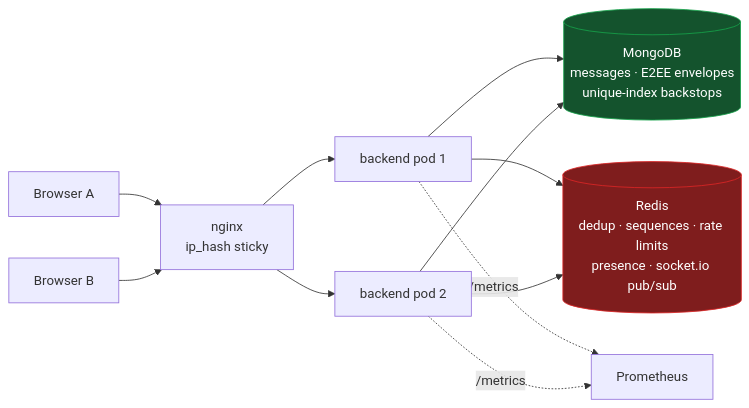
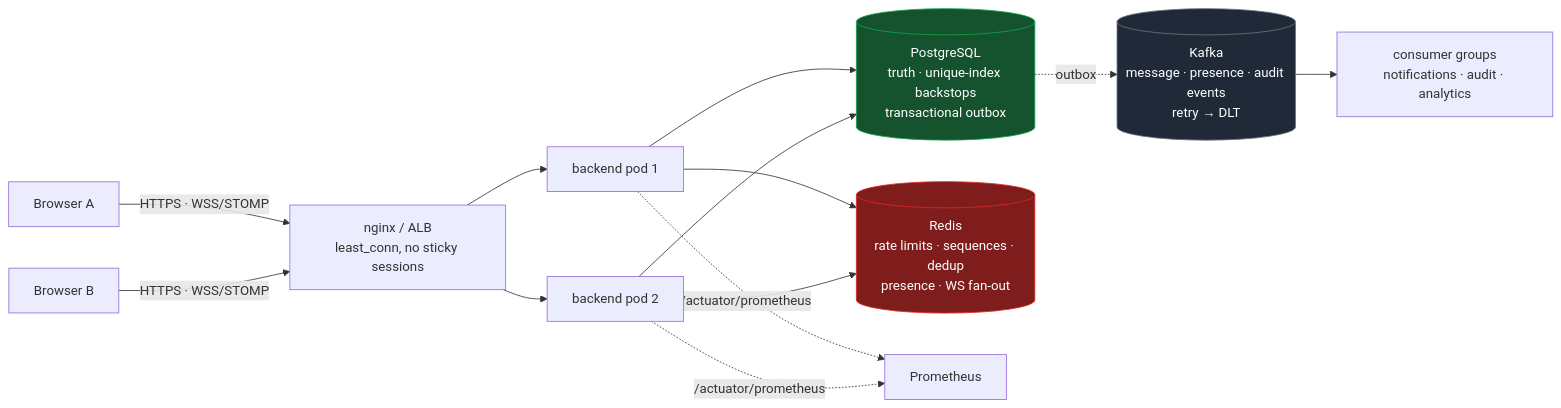
The diagram in README.md (simran1002/CipherChat_Messenger), drawn with Mermaid before and after one commit. The commit also changed other lines of this file and 12 other files, not shown here.

Commit message:
docs: architecture, system design, API, deployment (Render root cause), security, data/Kafka design, scalability, ADR-0010, README

````diff
--- a/README.md
+++ b/README.md
@@ -52,12 +34,14 @@
 ```mermaid
 flowchart LR
-    A[Browser A] & B[Browser B] --> LB[nginx<br/>ip_hash sticky]
+    A[Browser A] & B[Browser B] -- HTTPS · WSS/STOMP --> LB[nginx / ALB<br/>least_conn, no sticky sessions]
     LB --> P1[backend pod 1]
     LB --> P2[backend pod 2]
-    P1 & P2 --> M[(MongoDB<br/>messages · E2EE envelopes<br/>unique-index backstops)]
-    P1 & P2 --> R[(Redis<br/>dedup · sequences · rate limits<br/>presence · socket.io pub/sub)]
-    P1 -. /metrics .-> PR[Prometheus]
-    P2 -. /metrics .-> PR
+    P1 & P2 --> PG[(PostgreSQL<br/>truth · unique-index backstops<br/>transactional outbox)]
+    P1 & P2 --> R[(Redis<br/>rate limits · sequences · dedup<br/>presence · WS fan-out)]
+    PG -. outbox .-> K[(Kafka<br/>message · presence · audit events<br/>retry → DLT)]
+    K --> C[consumer groups<br/>notifications · audit · analytics]
+    P1 & P2 -. /actuator/prometheus .-> PR[Prometheus]
+    style PG fill:#14532d,stroke:#16a34a,color:#fff
     style R fill:#7f1d1d,stroke:#dc2626,color:#fff
-    style M fill:#14532d,stroke:#16a34a,color:#fff
+    style K fill:#1f2937,stroke:#6b7280,color:#fff
 ```
````
